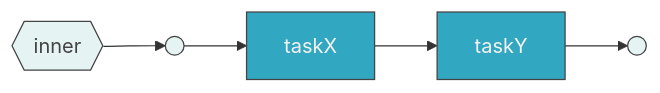
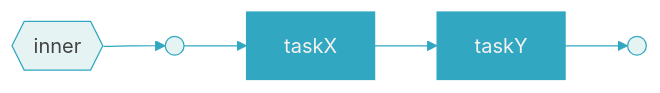
The diagram in verify/subgraphflow/INNER.mmd (bhardwajRahul/fabric), drawn with Mermaid before and after one commit. The commit also changed 171 other files, not shown here.

```diff
--- a/verify/subgraphflow/INNER.mmd
+++ b/verify/subgraphflow/INNER.mmd
@@ -1,9 +1,12 @@
+%%{init: {'themeVariables': {'lineColor': '#32a7c1', 'edgeLabelBackground': '#e5f4f3', 'textColor': '#434343', 'titleColor': '#32a7c1', 'clusterTextColor': '#32a7c1'}}}%%
 graph LR
-    classDef task fill:#32a7c1,color:#f4f2ef,stroke:#434343
-    classDef sub fill:#ed2e92,color:#f4f2ef,stroke:#434343
-    classDef term fill:#e5f4f3,color:#434343,stroke:#434343
+    classDef task fill:#32a7c1,color:#f4f2ef,stroke:#32a7c1
+    classDef sub fill:#ed2e92,color:#f4f2ef,stroke:#ed2e92
+    classDef term fill:#e5f4f3,color:#434343,stroke:#32a7c1
 
     _title{{"inner"}}:::term --> _start
-    _start(( )):::term --> t0["taskX"]:::task
-    t0 --> t1["taskY"]:::task
+    _start(( )):::term --> t0
+    t0["taskX"]:::task
+    t1["taskY"]:::task
+    t0 --> t1
     t1 --> _end(( )):::term
```
